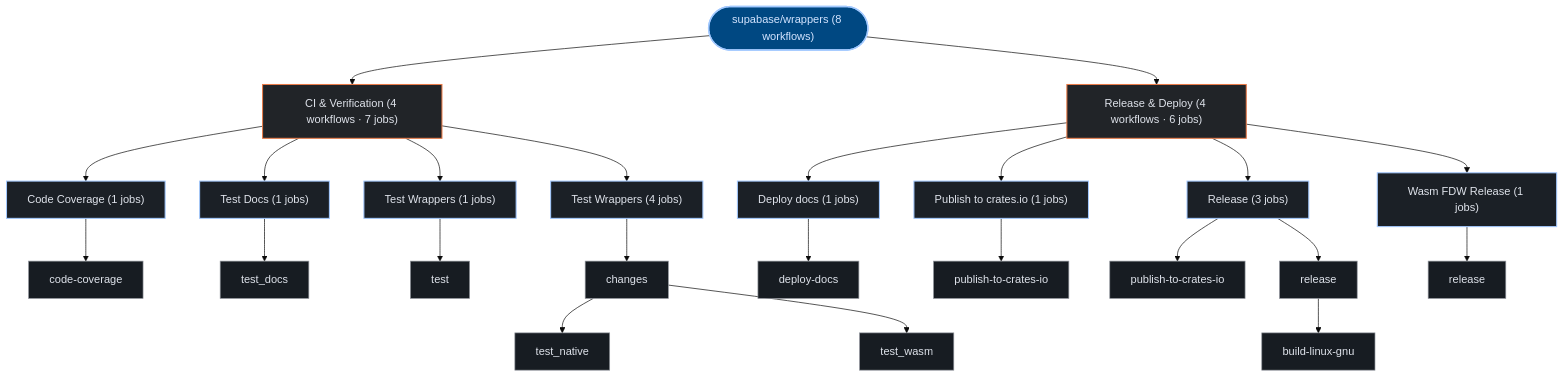
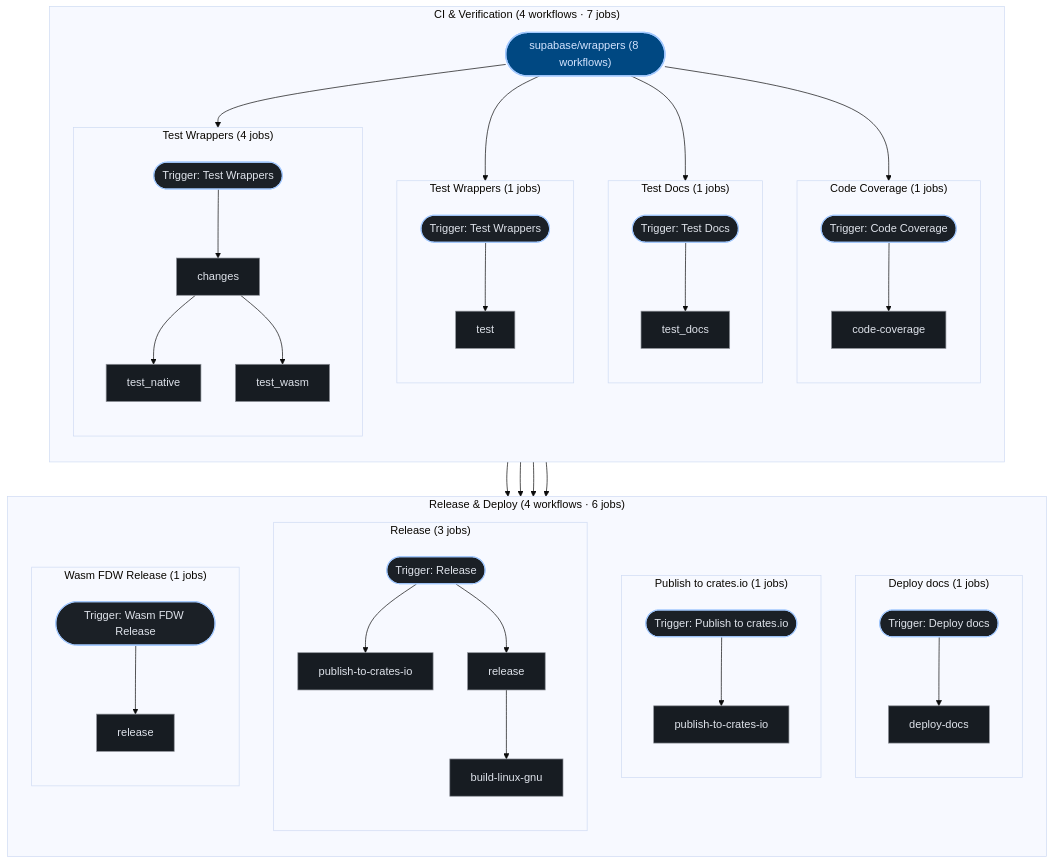
The third of 3 diagrams in exports/latest/reports/supabase-wrappers-report.md (kumarshaz/atruss-code-atlas), drawn with Mermaid (base theme) before and after one commit. The commit also changed 181 other files, not shown here.

````diff
--- a/exports/latest/reports/supabase-wrappers-report.md
+++ b/exports/latest/reports/supabase-wrappers-report.md
@@ -384,55 +384,81 @@
 ```mermaid
 graph TD;
   classDef atlasRoot fill:#004882,stroke:#a3c9ff,stroke-width:2px,color:#d3e4ff
   classDef atlasCategory fill:#212428,stroke:#E87A48,stroke-width:1.5px,color:#dfe3eb
   classDef atlasWorkflow fill:#1b2026,stroke:#a3c9ff,stroke-width:1.5px,color:#dfe3eb
   classDef atlasJob fill:#171c22,stroke:#8d9199,stroke-width:1px,color:#dfe3eb
   classDef atlasTarget fill:#005227,stroke:#8bd99b,stroke-width:1.5px,color:#a7f6b6
   classDef atlasAlert fill:#93000a,stroke:#ffb4ab,stroke-width:1.5px,color:#ffdad6
   classDef atlasMore fill:#252a31,stroke:#8d9199,stroke-dasharray:4 4,color:#c3c6cf
   pipeline_root(["supabase/wrappers (8 workflows)"]):::atlasRoot
-  grp_0_CI___Verification["CI & Verification (4 workflows · 7 jobs)"]:::atlasCategory
-  pipeline_root --> grp_0_CI___Verification
-  wf_0_Code_Coverage["Code Coverage (1 jobs)"]:::atlasWorkflow
-  grp_0_CI___Verification --> wf_0_Code_Coverage
-  job_0_code_coverage["code-coverage"]:::atlasJob
-  wf_0_Code_Coverage --> job_0_code_coverage
-  wf_5_Test_Docs["Test Docs (1 jobs)"]:::atlasWorkflow
-  grp_0_CI___Verification --> wf_5_Test_Docs
-  job_5_test_docs["test_docs"]:::atlasJob
-  wf_5_Test_Docs --> job_5_test_docs
-  wf_6_Test_Wrappers["Test Wrappers (1 jobs)"]:::atlasWorkflow
-  grp_0_CI___Verification --> wf_6_Test_Wrappers
-  job_6_test["test"]:::atlasJob
-  wf_6_Test_Wrappers --> job_6_test
-  wf_7_Test_Wrappers["Test Wrappers (4 jobs)"]:::atlasWorkflow
-  grp_0_CI___Verification --> wf_7_Test_Wrappers
-  job_7_changes["changes"]:::atlasJob
-  job_7_test_native["test_native"]:::atlasJob
-  job_7_test_wasm["test_wasm"]:::atlasJob
-  wf_7_Test_Wrappers --> job_7_changes
-  job_7_changes --> job_7_test_native
-  job_7_changes --> job_7_test_wasm
-  grp_1_Release___Deploy["Release & Deploy (4 workflows · 6 jobs)"]:::atlasCategory
-  pipeline_root --> grp_1_Release___Deploy
-  wf_1_Deploy_docs["Deploy docs (1 jobs)"]:::atlasWorkflow
-  grp_1_Release___Deploy --> wf_1_Deploy_docs
-  job_1_deploy_docs["deploy-docs"]:::atlasJob
-  wf_1_Deploy_docs --> job_1_deploy_docs
-  wf_2_Publish_to_crates_io["Publish to crates.io (1 jobs)"]:::atlasWorkflow
-  grp_1_Release___Deploy --> wf_2_Publish_to_crates_io
-  job_2_publish_to_crates_io["publish-to-crates-io"]:::atlasJob
-  wf_2_Publish_to_crates_io --> job_2_publish_to_crates_io
-  wf_3_Release["Release (3 jobs)"]:::atlasWorkflow
-  grp_1_Release___Deploy --> wf_3_Release
-  job_3_publish_to_crates_io["publish-to-crates-io"]:::atlasJob
-  job_3_release["release"]:::atlasJob
-  job_3_build_linux_gnu["build-linux-gnu"]:::atlasJob
-  wf_3_Release --> job_3_publish_to_crates_io
-  wf_3_Release --> job_3_release
-  job_3_release --> job_3_build_linux_gnu
-  wf_4_Wasm_FDW_Release["Wasm FDW Release (1 jobs)"]:::atlasWorkflow
-  grp_1_Release___Deploy --> wf_4_Wasm_FDW_Release
-  job_4_release["release"]:::atlasJob
-  wf_4_Wasm_FDW_Release --> job_4_release
+  subgraph sg_grp_0_CI___Verification["CI & Verification (4 workflows · 7 jobs)"]
+    direction TB
+    subgraph sg_wf_0_Code_Coverage["Code Coverage (1 jobs)"]
+      direction TB
+      wf_0_Code_Coverage(["Trigger: Code Coverage"]):::atlasWorkflow
+      job_0_code_coverage["code-coverage"]:::atlasJob
+      wf_0_Code_Coverage --> job_0_code_coverage
+    end
+    pipeline_root --> wf_0_Code_Coverage
+    subgraph sg_wf_5_Test_Docs["Test Docs (1 jobs)"]
+      direction TB
+      wf_5_Test_Docs(["Trigger: Test Docs"]):::atlasWorkflow
+      job_5_test_docs["test_docs"]:::atlasJob
+      wf_5_Test_Docs --> job_5_test_docs
+    end
+    pipeline_root --> wf_5_Test_Docs
+    subgraph sg_wf_6_Test_Wrappers["Test Wrappers (1 jobs)"]
+      direction TB
+      wf_6_Test_Wrappers(["Trigger: Test Wrappers"]):::atlasWorkflow
+      job_6_test["test"]:::atlasJob
+      wf_6_Test_Wrappers --> job_6_test
+    end
+    pipeline_root --> wf_6_Test_Wrappers
+    subgraph sg_wf_7_Test_Wrappers["Test Wrappers (4 jobs)"]
+      direction TB
+      wf_7_Test_Wrappers(["Trigger: Test Wrappers"]):::atlasWorkflow
+      job_7_changes["changes"]:::atlasJob
+      job_7_test_native["test_native"]:::atlasJob
+      job_7_test_wasm["test_wasm"]:::atlasJob
+      wf_7_Test_Wrappers --> job_7_changes
+      job_7_changes --> job_7_test_native
+      job_7_changes --> job_7_test_wasm
+    end
+    pipeline_root --> wf_7_Test_Wrappers
+  end
+  subgraph sg_grp_1_Release___Deploy["Release & Deploy (4 workflows · 6 jobs)"]
+    direction TB
+    subgraph sg_wf_1_Deploy_docs["Deploy docs (1 jobs)"]
+      direction TB
+      wf_1_Deploy_docs(["Trigger: Deploy docs"]):::atlasWorkflow
+      job_1_deploy_docs["deploy-docs"]:::atlasJob
+      wf_1_Deploy_docs --> job_1_deploy_docs
+    end
+    pipeline_root --> wf_1_Deploy_docs
+    subgraph sg_wf_2_Publish_to_crates_io["Publish to crates.io (1 jobs)"]
+      direction TB
+      wf_2_Publish_to_crates_io(["Trigger: Publish to crates.io"]):::atlasWorkflow
+      job_2_publish_to_crates_io["publish-to-crates-io"]:::atlasJob
+      wf_2_Publish_to_crates_io --> job_2_publish_to_crates_io
+    end
+    pipeline_root --> wf_2_Publish_to_crates_io
+    subgraph sg_wf_3_Release["Release (3 jobs)"]
+      direction TB
+      wf_3_Release(["Trigger: Release"]):::atlasWorkflow
+      job_3_publish_to_crates_io["publish-to-crates-io"]:::atlasJob
+      job_3_release["release"]:::atlasJob
+      job_3_build_linux_gnu["build-linux-gnu"]:::atlasJob
+      wf_3_Release --> job_3_publish_to_crates_io
+      wf_3_Release --> job_3_release
+      job_3_release --> job_3_build_linux_gnu
+    end
+    pipeline_root --> wf_3_Release
+    subgraph sg_wf_4_Wasm_FDW_Release["Wasm FDW Release (1 jobs)"]
+      direction TB
+      wf_4_Wasm_FDW_Release(["Trigger: Wasm FDW Release"]):::atlasWorkflow
+      job_4_release["release"]:::atlasJob
+      wf_4_Wasm_FDW_Release --> job_4_release
+    end
+    pipeline_root --> wf_4_Wasm_FDW_Release
+  end
 ```
````
